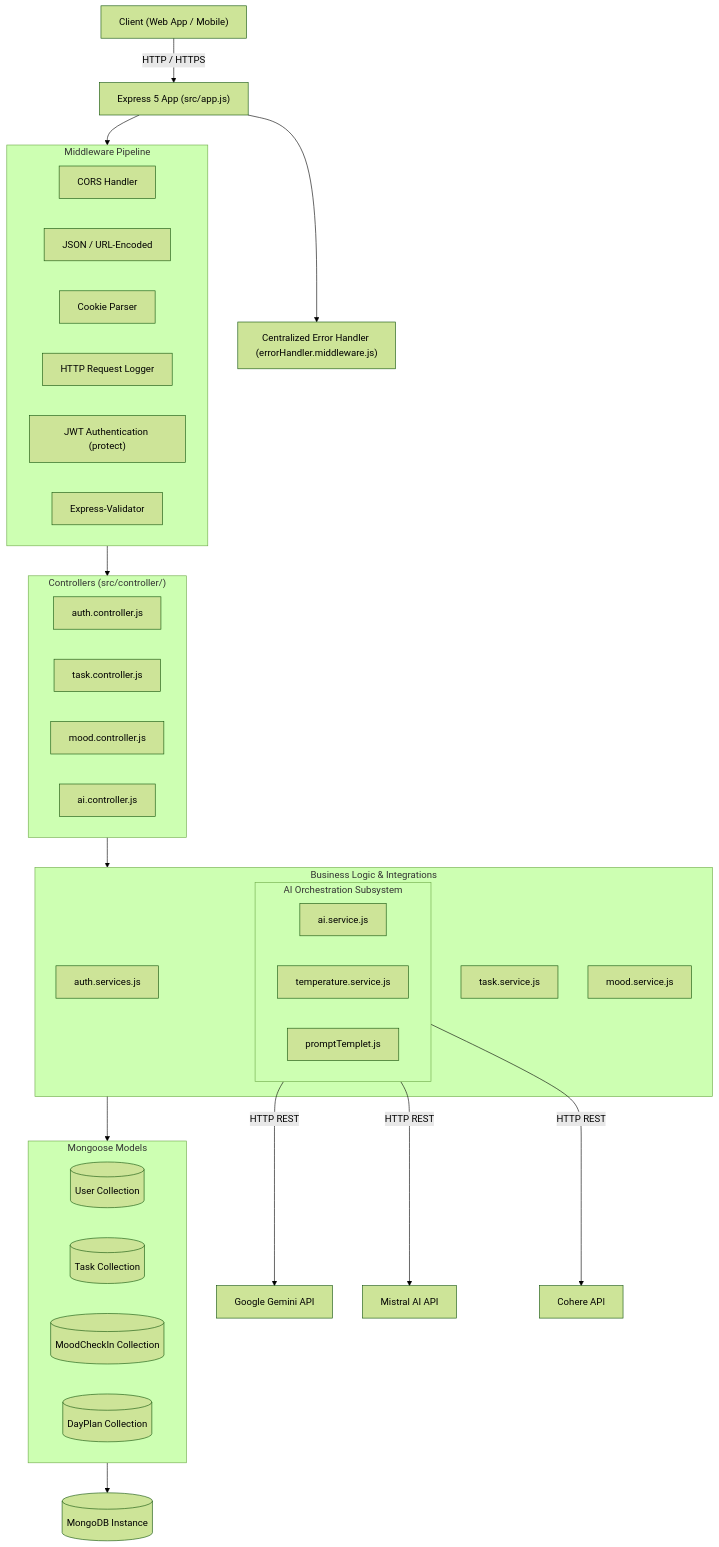
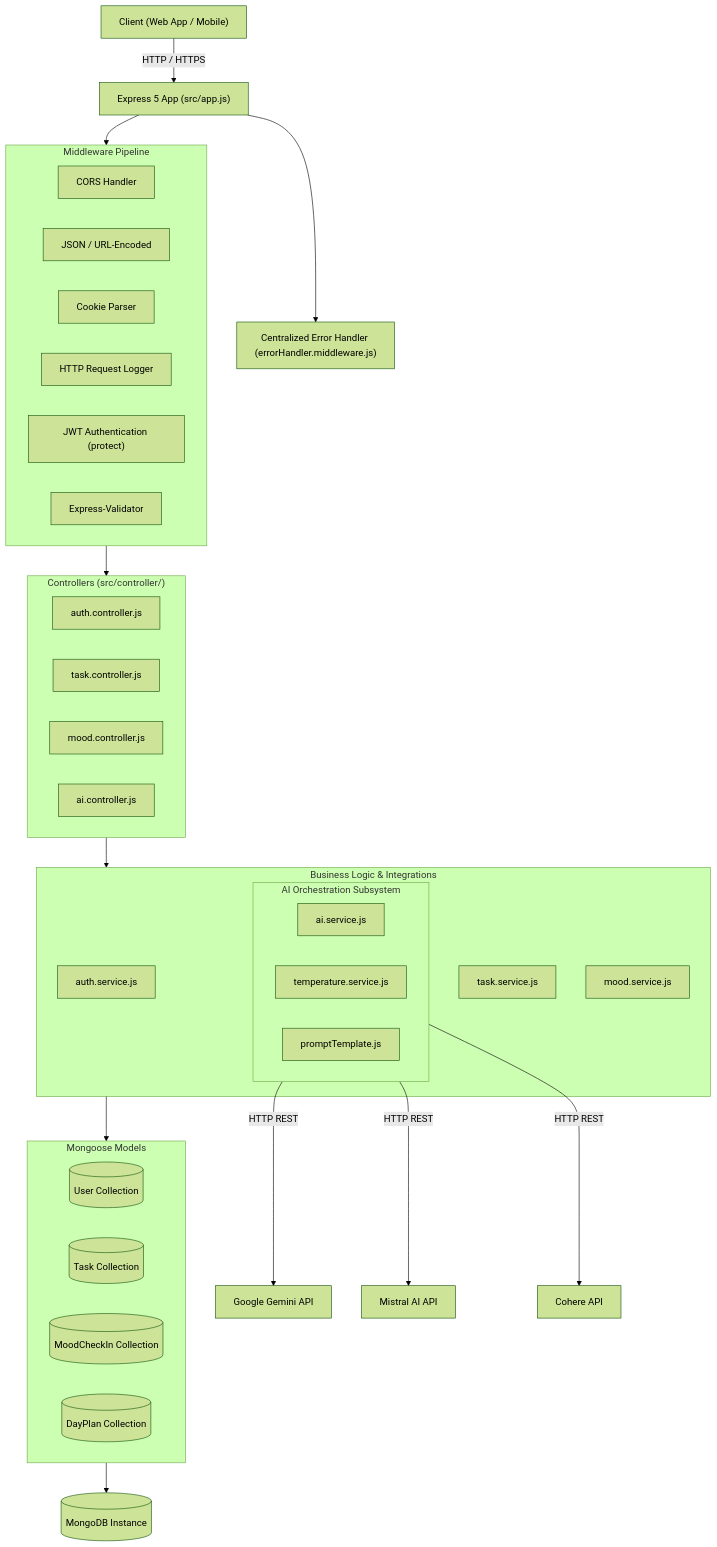
The first of 4 diagrams in backend/README.md (MayankRai89/AI-Life-manager), drawn with Mermaid (forest theme) before and after one commit. The commit also changed other lines of this file and 2 other files, not shown here.

````diff
--- a/backend/README.md
+++ b/backend/README.md
@@ -50,52 +50,52 @@
 ```mermaid
 flowchart TD
     Client["Client (Web App / Mobile)"] -->|HTTP / HTTPS| App["Express 5 App (src/app.js)"]
 
     subgraph Security_Middlewares ["Middleware Pipeline"]
         Cors["CORS Handler"]
         JsonParser["JSON / URL-Encoded"]
         Cookies["Cookie Parser"]
         Logger["HTTP Request Logger"]
         AuthMiddleware["JWT Authentication (protect)"]
         Validation["Express-Validator"]
     end
 
     App --> Security_Middlewares
     Security_Middlewares --> Controllers["Controllers Layer"]
 
     subgraph Controllers ["Controllers (src/controller/)"]
         AuthController["auth.controller.js"]
         TaskController["task.controller.js"]
         MoodController["mood.controller.js"]
         AIController["ai.controller.js"]
     end
 
     Controllers --> Services["Services Layer (src/services/)"]
 
     subgraph Services ["Business Logic & Integrations"]
-        AuthService["auth.services.js"]
+        AuthService["auth.service.js"]
         TaskService["task.service.js"]
         MoodService["mood.service.js"]
         subgraph AIEngine ["AI Orchestration Subsystem"]
             AIManager["ai.service.js"]
             TempService["temperature.service.js"]
-            Prompts["promptTemplet.js"]
+            Prompts["promptTemplate.js"]
         end
     end
 
     AIEngine -->|HTTP REST| Gemini["Google Gemini API"]
     AIEngine -->|HTTP REST| Mistral["Mistral AI API"]
     AIEngine -->|HTTP REST| Cohere["Cohere API"]
 
     Services --> Models["Data Layer (src/model/)"]
 
     subgraph Models ["Mongoose Models"]
         UserModel[("User Collection")]
         TaskModel[("Task Collection")]
         MoodModel[("MoodCheckIn Collection")]
         DayPlanModel[("DayPlan Collection")]
     end
 
     Models --> Mongo[(MongoDB Instance)]
     App --> GlobalError["Centralized Error Handler (errorHandler.middleware.js)"]
 ```
````
